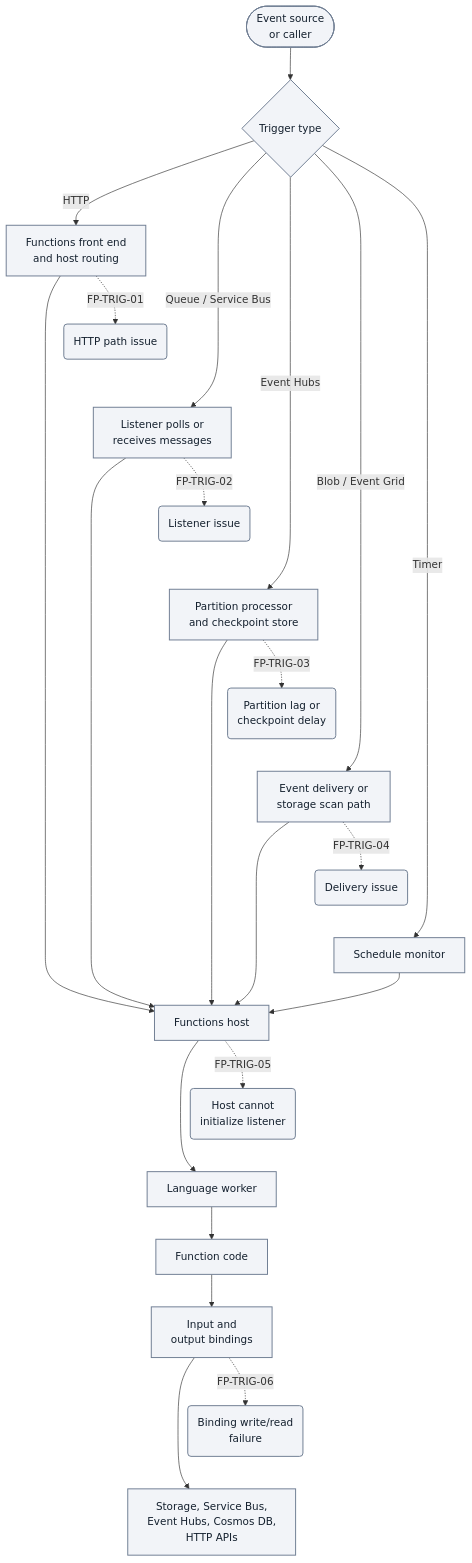
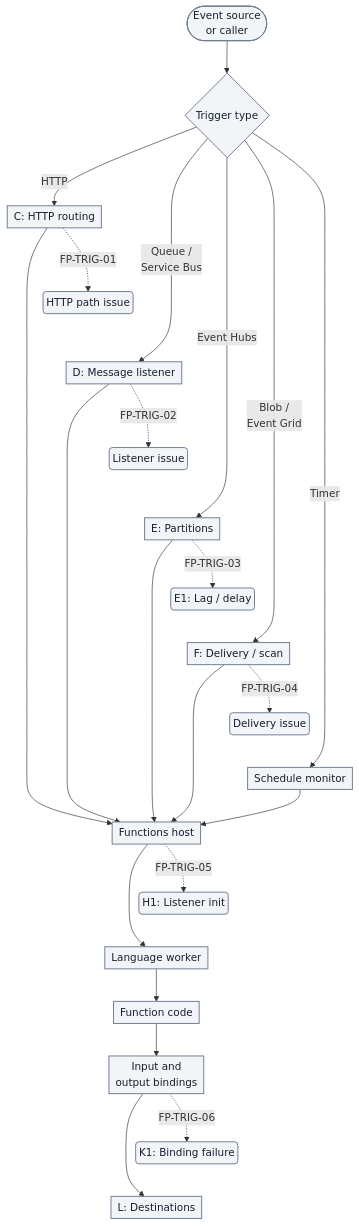
Before and after one commit to yeongseon/azure-functions-practical-guide: the second of 10 diagrams in docs/troubleshooting/architecture-components-reference.md, drawn with Mermaid. The commit also changed other lines of this file, not shown here.

First line of the commit message:
docs(diagrams): qualify failure semantics and improve narrow layouts

````diff
--- a/docs/troubleshooting/architecture-components-reference.md
+++ b/docs/troubleshooting/architecture-components-reference.md
@@ -286,37 +288,37 @@
 ```mermaid
-%%{init: {'flowchart': {'nodeSpacing': 10}}}%%
+%%{init: {'flowchart': {'nodeSpacing': 10, 'padding': 5}}}%%
 flowchart TD
     accTitle: Trigger and binding diagnostic routing
     accDescr: Illustrative logical diagnostic map preserving HTTP, Queue and Service Bus, Event Hubs, Blob and Event Grid, and Timer paths. Arrows group responsibilities, not network hops or a universal execution order. Input bindings can supply data before user code executes; output bindings write results. Failure points are candidates to investigate, not confirmed causes.
     A(["Event source<br/>or caller"]) --> B{Trigger type}
-    B -->|HTTP| C["Functions front end<br/>and host routing"]
-    B -->|"Queue / Service Bus"| D["Listener polls or<br/>receives messages"]
-    B -->|Event Hubs| E["Partition processor<br/>and checkpoint store"]
-    B -->|"Blob / Event Grid"| F["Event delivery or<br/>storage scan path"]
+    B -->|HTTP| C["C: HTTP routing"]
+    B -->|"Queue /<br/>Service Bus"| D["D: Message listener"]
+    B -->|"Event Hubs"| E["E: Partitions"]
+    B -->|"Blob /<br/>Event Grid"| F["F: Delivery / scan"]
     B -->|Timer| G["Schedule monitor"]
     C --> H[Functions host]
     D --> H
     E --> H
     F --> H
     G --> H
     H --> I[Language worker]
     I --> J[Function code]
     J --> K["Input and<br/>output bindings"]
-    K --> L["Storage, Service Bus,<br/>Event Hubs, Cosmos DB,<br/>HTTP APIs"]
+    K --> L["L: Destinations"]
 
     C -. FP-TRIG-01 .-> C1("HTTP path issue")
     D -. FP-TRIG-02 .-> D1("Listener issue")
-    E -. FP-TRIG-03 .-> E1("Partition lag or<br/>checkpoint delay")
+    E -. FP-TRIG-03 .-> E1("E1: Lag / delay")
     F -. FP-TRIG-04 .-> F1("Delivery issue")
-    H -. FP-TRIG-05 .-> H1("Host cannot<br/>initialize listener")
-    K -. FP-TRIG-06 .-> K1("Binding write/read<br/>failure")
+    H -. FP-TRIG-05 .-> H1("H1: Listener init")
+    K -. FP-TRIG-06 .-> K1("K1: Binding failure")
     %% Layout-only links serialize alternatives; they add no diagnostic steps or arrows.
     C1 ~~~ D
     D1 ~~~ E
     E1 ~~~ F
     F1 ~~~ G
     H1 ~~~ I
     K1 ~~~ L
     classDef baseNeutral fill:#f2f4f8,stroke:#707e93,stroke-width:1.5px,color:#14202e;
     class A,B,C,D,E,F,G,H,I,J,K,L,C1,D1,E1,F1,H1,K1 baseNeutral;
 ```
````
